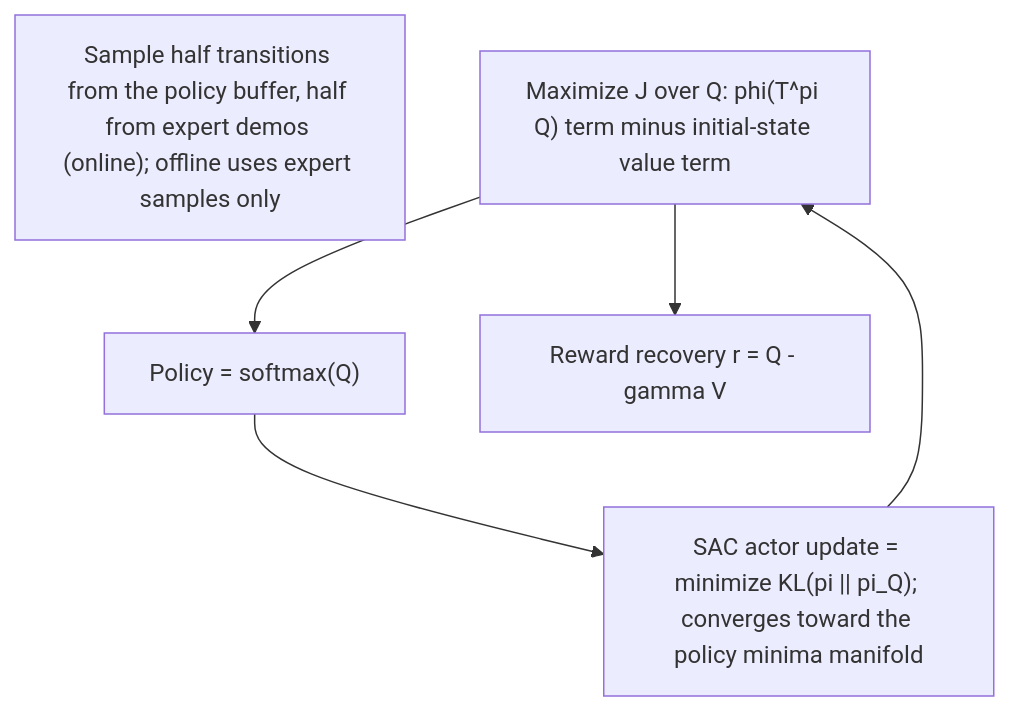
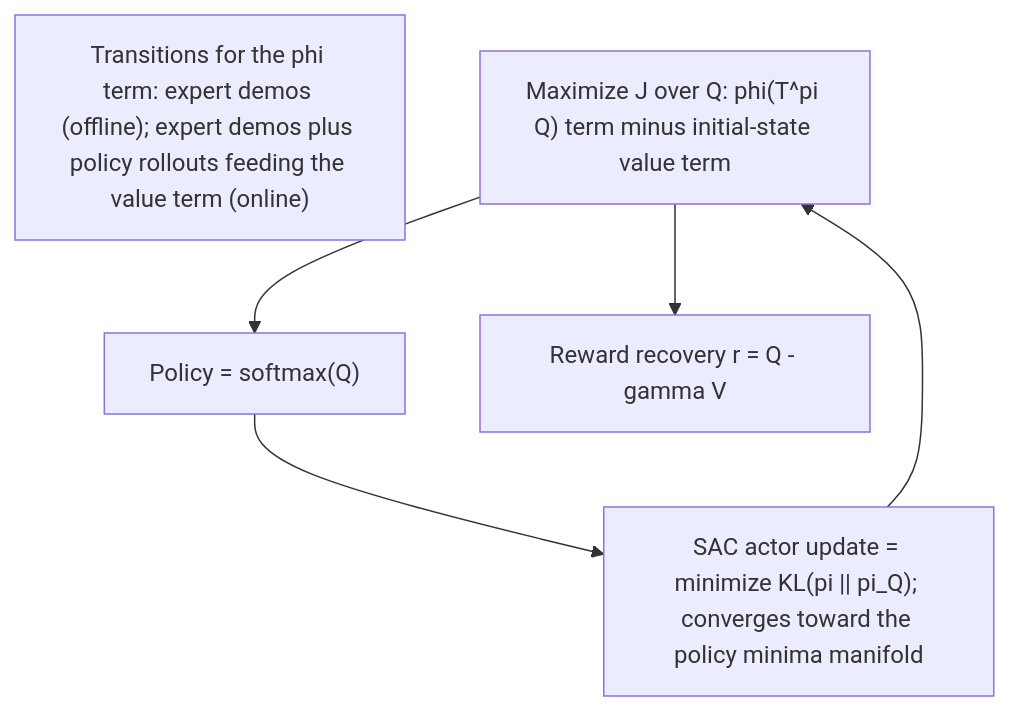
The diagram in references/garg2022-iq-learn-inverse-soft-q.md (NguyenTatDat21/tatdat-vault), drawn with Mermaid before and after one commit. The commit also changed other lines of this file and 2 other files, not shown here.

````diff
--- a/references/garg2022-iq-learn-inverse-soft-q.md
+++ b/references/garg2022-iq-learn-inverse-soft-q.md
@@ -69,10 +69,10 @@
 ```mermaid
 flowchart TD
-  S["Sample half transitions from the policy buffer, half from expert demos (online); offline uses expert samples only"]
+  S["Transitions for the phi term: expert demos (offline); expert demos plus policy rollouts feeding the value term (online)"]
   Q["Maximize J over Q: phi(T^pi Q) term minus initial-state value term"]
   P["Policy = softmax(Q)"]
   A["SAC actor update = minimize KL(pi || pi_Q); converges toward the policy minima manifold"]
   R["Reward recovery r = Q - gamma V"]
   Q --> P --> A --> Q
   Q --> R
 ```
````
